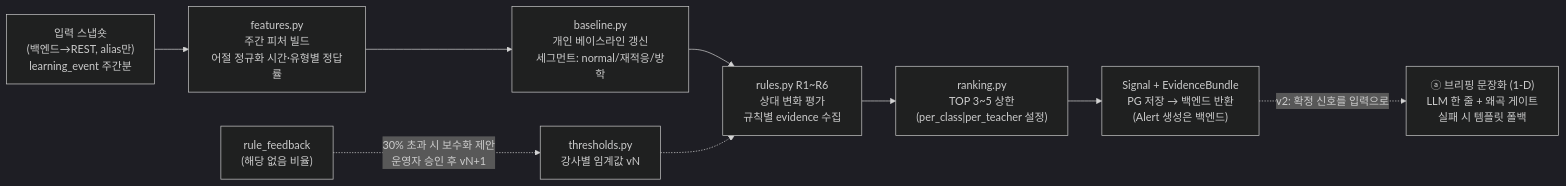
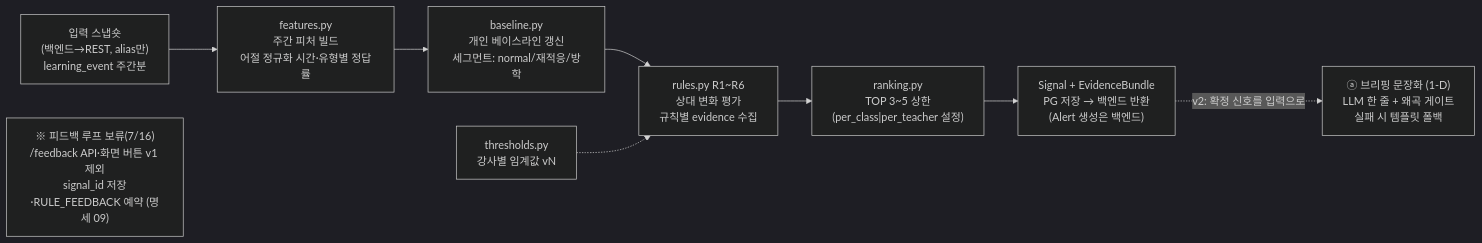
The first of 12 diagrams in docs/part_a/02_design.md (MTVS5-CheckOn/CheckOn-AI), drawn with Mermaid (dark theme) before and after one commit. The commit also changed other lines of this file and 5 other files, not shown here.

````diff
--- a/docs/part_a/02_design.md
+++ b/docs/part_a/02_design.md
@@ -27,11 +27,11 @@
 ```mermaid
 flowchart LR
   IN["입력 스냅숏<br/>(백엔드→REST, alias만)<br/>learning_event 주간분"] --> FB["features.py<br/>주간 피처 빌드<br/>어절 정규화 시간·유형별 정답률"]
   FB --> BL["baseline.py<br/>개인 베이스라인 갱신<br/>세그먼트: normal/재적응/방학"]
   BL --> RU["rules.py R1~R6<br/>상대 변화 평가<br/>규칙별 evidence 수집"]
   RU --> RK["ranking.py<br/>TOP 3~5 상한<br/>(per_class|per_teacher 설정)"]
   RK --> OUT["Signal + EvidenceBundle<br/>PG 저장 → 백엔드 반환<br/>(Alert 생성은 백엔드)"]
   OUT -.->|"v2: 확정 신호를 입력으로"| BRF["ⓐ 브리핑 문장화 (1-D)<br/>LLM 한 줄 + 왜곡 게이트<br/>실패 시 템플릿 폴백"]
   TH["thresholds.py<br/>강사별 임계값 vN"] -.-> RU
-  FBK["rule_feedback<br/>(해당 없음 비율)"] -.->|"30% 초과 시 보수화 제안<br/>운영자 승인 후 vN+1"| TH
+  FBNOTE["※ 피드백 루프 보류(7/16)<br/>/feedback API·화면 버튼 v1 제외<br/>signal_id 저장·RULE_FEEDBACK 예약 (명세 09)"]
 ```
````
